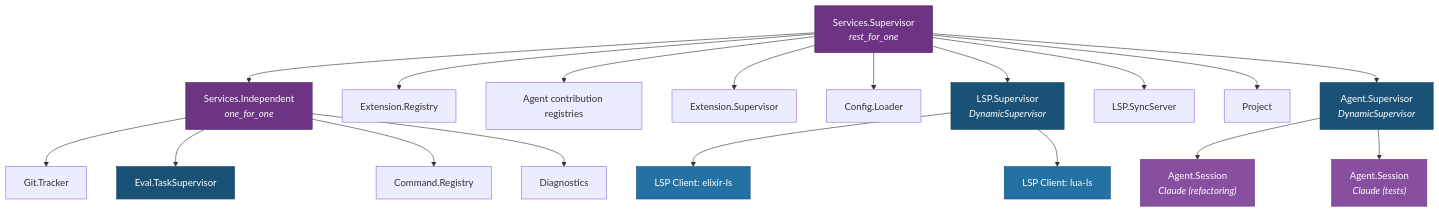
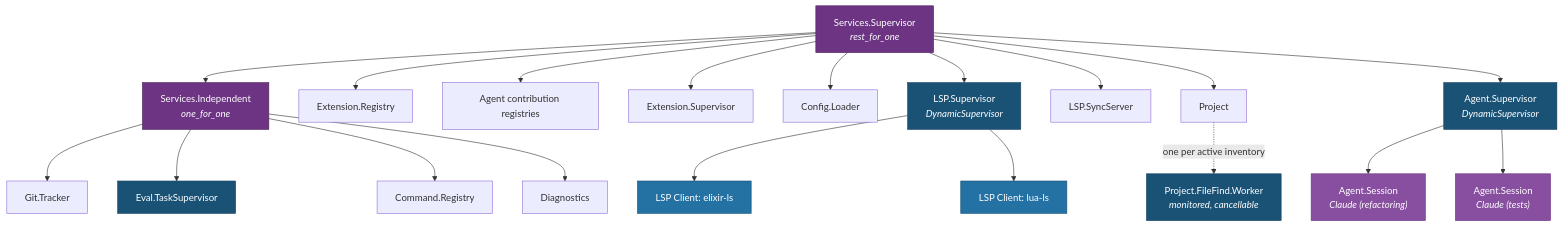
The fifth of 10 diagrams in docs/ARCHITECTURE.md (jsmestad/minga), drawn with Mermaid before and after one commit. The commit also changed other lines of this file and 29 other files, not shown here.

````diff
--- a/docs/ARCHITECTURE.md
+++ b/docs/ARCHITECTURE.md
@@ -241,31 +241,33 @@
 ```mermaid
 graph TD
     SVC["Services.Supervisor<br/><i>rest_for_one</i>"]
     SVC --> INDEP["Services.Independent<br/><i>one_for_one</i>"]
     INDEP --> GIT["Git.Tracker"]
     INDEP --> TASKSUP["Eval.TaskSupervisor"]
     INDEP --> CMDREG["Command.Registry"]
     INDEP --> DIAG["Diagnostics"]
     SVC --> EXTREG["Extension.Registry"]
     SVC --> AGENTREG["Agent contribution registries"]
     SVC --> EXTSUP["Extension.Supervisor"]
     SVC --> LOADER["Config.Loader"]
     SVC --> LSPSUP["LSP.Supervisor<br/><i>DynamicSupervisor</i>"]
     LSPSUP --> LSP1["LSP Client: elixir-ls"]
     LSPSUP --> LSP2["LSP Client: lua-ls"]
     SVC --> SYNC["LSP.SyncServer"]
     SVC --> PROJ["Project"]
+    PROJ -. "one per active inventory" .-> DISC["Project.FileFind.Worker<br/><i>monitored, cancellable</i>"]
     SVC --> AGENTSUP["Agent.Supervisor<br/><i>DynamicSupervisor</i>"]
     AGENTSUP --> AS1["Agent.Session<br/><i>Claude (refactoring)</i>"]
     AGENTSUP --> AS2["Agent.Session<br/><i>Claude (tests)</i>"]
 
     style SVC fill:#6c3483,stroke:#4a235a,color:#fff
     style INDEP fill:#6c3483,stroke:#4a235a,color:#fff
     style LSPSUP fill:#1a5276,stroke:#154360,color:#fff
     style AGENTSUP fill:#1a5276,stroke:#154360,color:#fff
     style TASKSUP fill:#1a5276,stroke:#154360,color:#fff
+    style DISC fill:#1a5276,stroke:#154360,color:#fff
     style AS1 fill:#884ea0,stroke:#6c3483,color:#fff
     style AS2 fill:#884ea0,stroke:#6c3483,color:#fff
     style LSP1 fill:#2471a3,stroke:#1a5276,color:#fff
     style LSP2 fill:#2471a3,stroke:#1a5276,color:#fff
 ```
````
